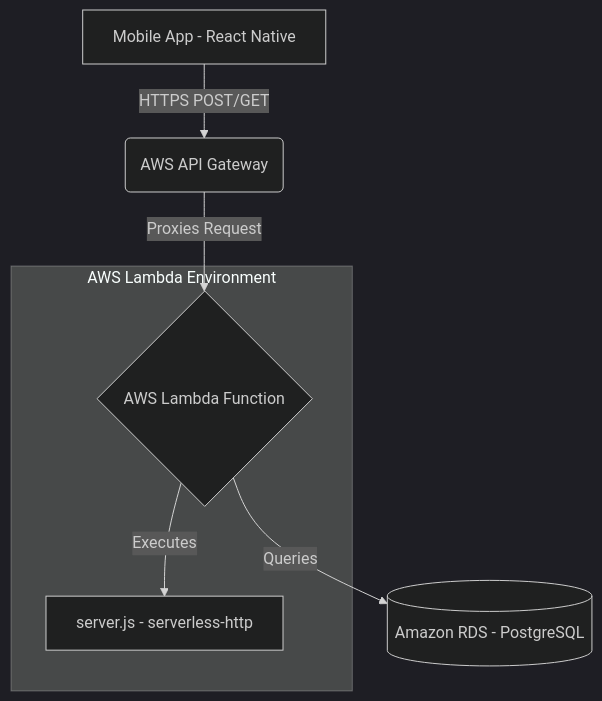
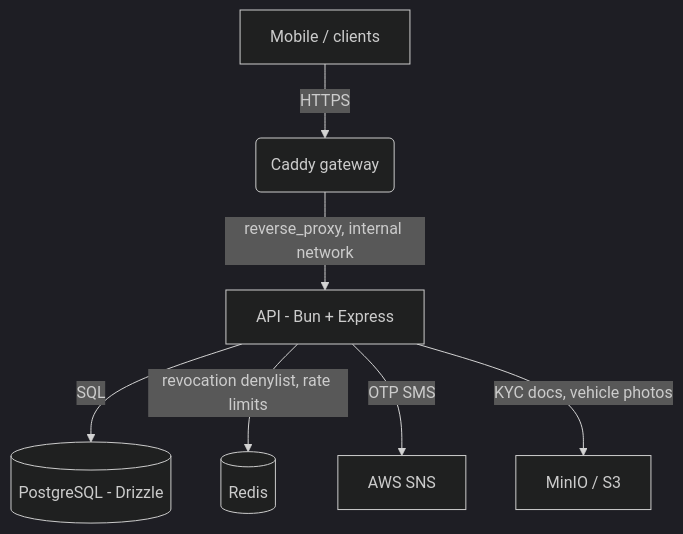
Before and after one commit to destowofficial/destow-app: the first of 2 diagrams in docs/ARCHITECTURE.md, drawn with Mermaid (dark theme). The commit also changed other lines of this file and 26 other files, not shown here.

````diff
--- a/docs/ARCHITECTURE.md
+++ b/docs/ARCHITECTURE.md
@@ -11,11 +15,9 @@
 ```mermaid
 graph TD
-    A[Mobile App - React Native] -->|HTTPS POST/GET| B(AWS API Gateway)
-    B -->|Proxies Request| C{AWS Lambda Function}
-    C -->|Queries| D[(Amazon RDS - PostgreSQL)]
-    
-    %% Internal Lambda structure
-    subgraph AWS Lambda Environment
-    C -->|Executes| E[server.js - serverless-http]
-    end
+    A[Mobile / clients] -->|HTTPS| B(Caddy gateway)
+    B -->|reverse_proxy, internal network| C[API - Bun + Express]
+    C -->|SQL| D[(PostgreSQL - Drizzle)]
+    C -->|revocation denylist, rate limits| E[(Redis)]
+    C -->|OTP SMS| F[AWS SNS]
+    C -->|KYC docs, vehicle photos| G[MinIO / S3]
 ```
````
